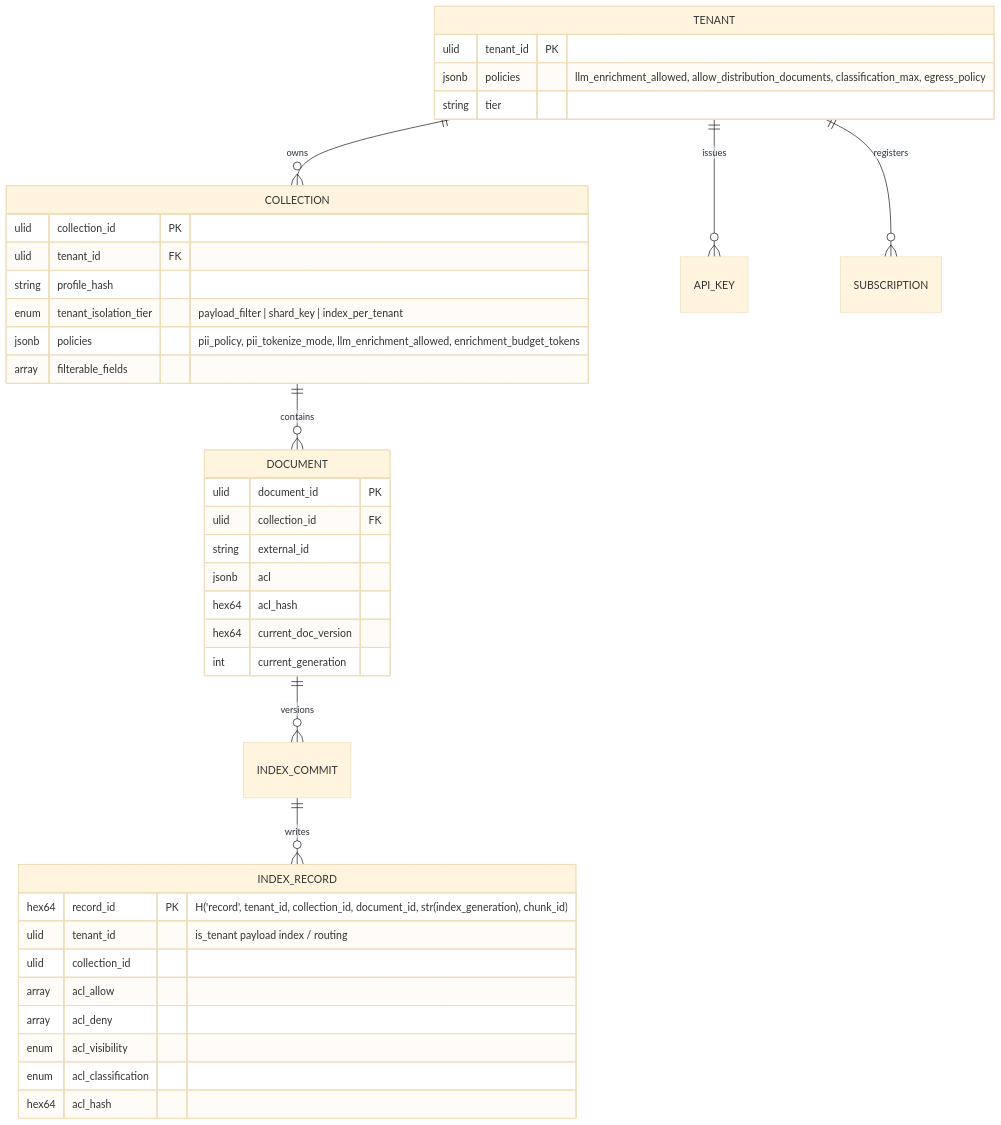
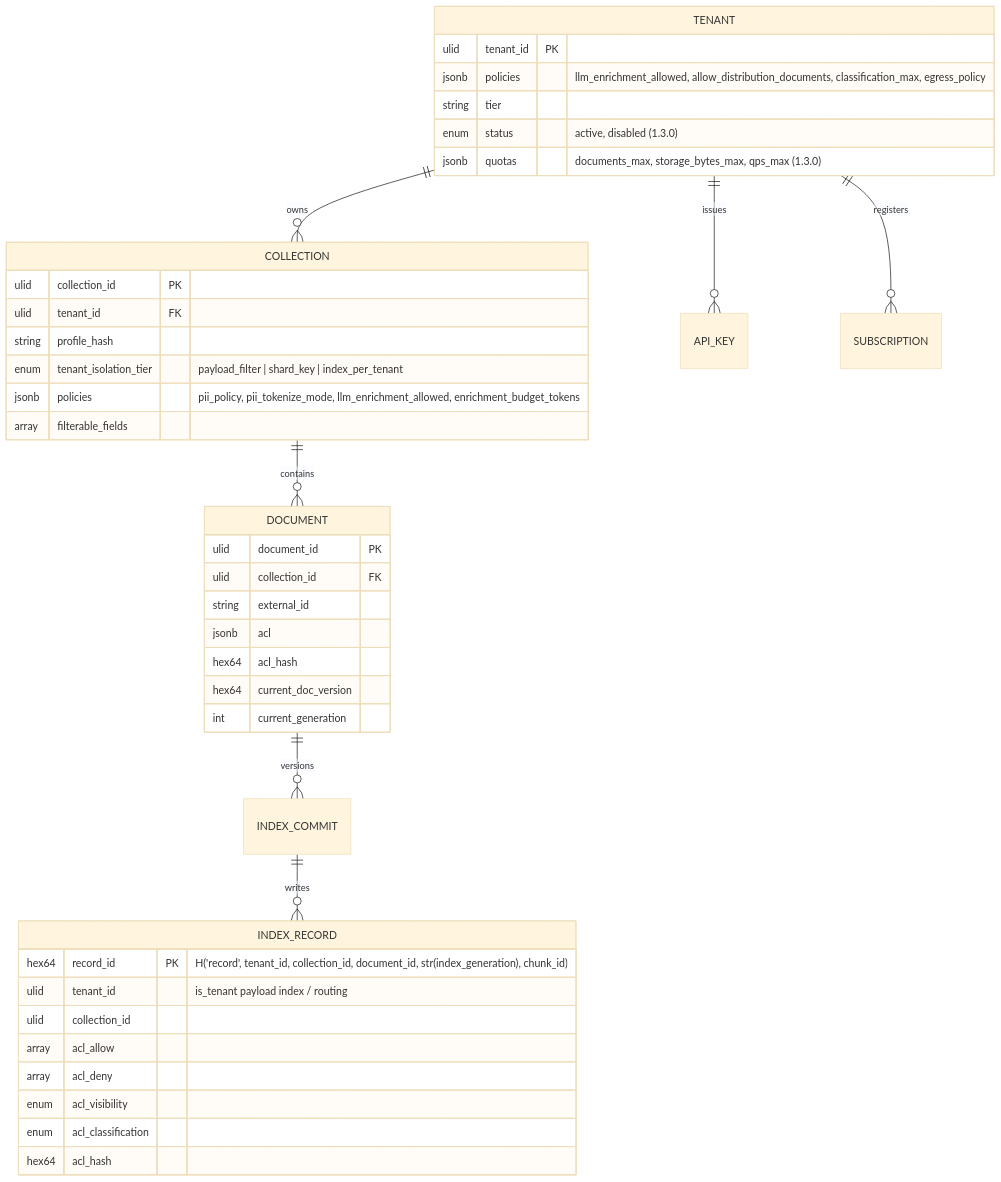
One commit to dplayamin-ai/rag-platform changed the first of 6 diagrams in docs/02-architecture/07-multi-tenancy-and-security-architecture.md. Above: the diagram before and after it, drawn with Mermaid (base theme). The commit also changed other lines of this file and 103 other files, not shown here.

````diff
--- a/docs/02-architecture/07-multi-tenancy-and-security-architecture.md
+++ b/docs/02-architecture/07-multi-tenancy-and-security-architecture.md
@@ -42,41 +42,43 @@
 ```mermaid
 erDiagram
     TENANT ||--o{ COLLECTION : owns
     TENANT ||--o{ API_KEY : issues
     TENANT ||--o{ SUBSCRIPTION : registers
     COLLECTION ||--o{ DOCUMENT : contains
     DOCUMENT ||--o{ INDEX_COMMIT : versions
     INDEX_COMMIT ||--o{ INDEX_RECORD : writes
     TENANT {
         ulid tenant_id PK
         jsonb policies "llm_enrichment_allowed, allow_distribution_documents, classification_max, egress_policy"
         string tier
+        enum status "active, disabled (1.3.0)"
+        jsonb quotas "documents_max, storage_bytes_max, qps_max (1.3.0)"
     }
     COLLECTION {
         ulid collection_id PK
         ulid tenant_id FK
         string profile_hash
         enum tenant_isolation_tier "payload_filter | shard_key | index_per_tenant"
         jsonb policies "pii_policy, pii_tokenize_mode, llm_enrichment_allowed, enrichment_budget_tokens"
         array filterable_fields
     }
     DOCUMENT {
         ulid document_id PK
         ulid collection_id FK
         string external_id
         jsonb acl
         hex64 acl_hash
         hex64 current_doc_version
         int current_generation
     }
     INDEX_RECORD {
         hex64 record_id PK "H('record', tenant_id, collection_id, document_id, str(index_generation), chunk_id)"
         ulid tenant_id "is_tenant payload index / routing"
         ulid collection_id
         array acl_allow
         array acl_deny
         enum acl_visibility
         enum acl_classification
         hex64 acl_hash
     }
 ```
````
